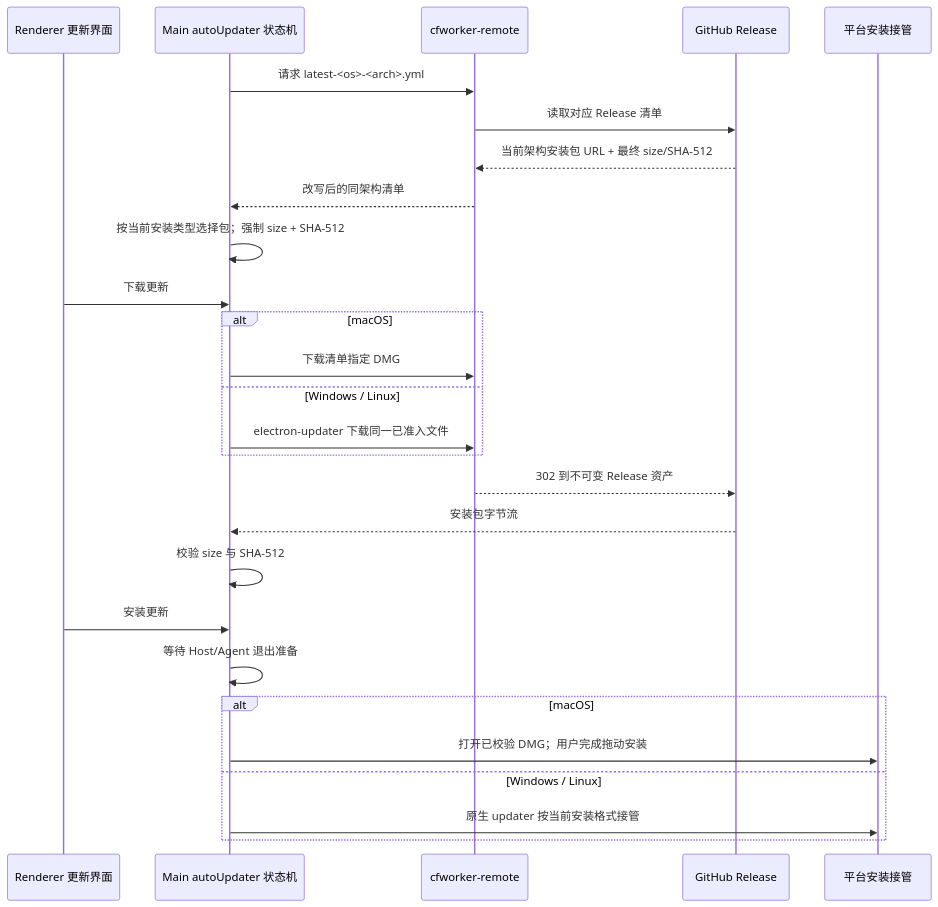
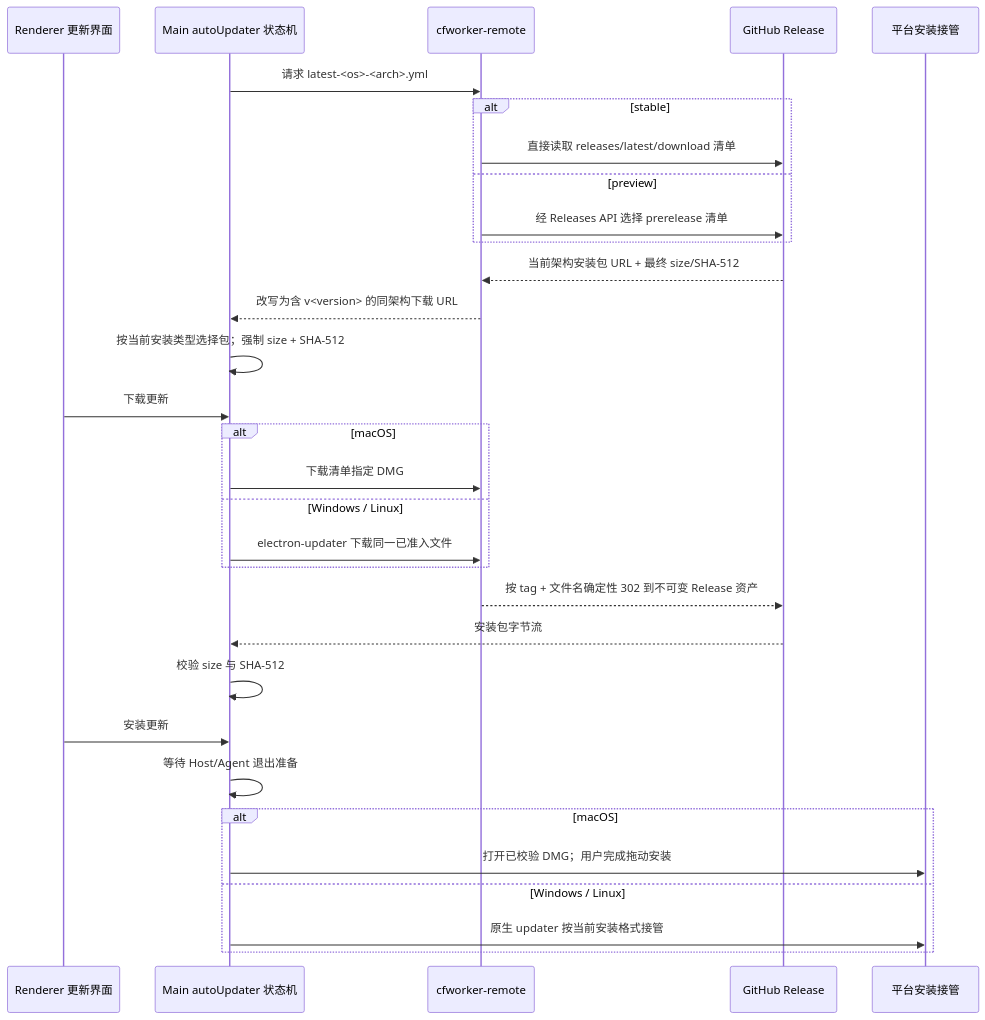
The second of 2 diagrams in specs/github-actions-desktop-release.md (lemon-casino/LemonCode), drawn with Mermaid before and after one commit. The commit also changed 325 other files, not shown here.

````diff
--- a/specs/github-actions-desktop-release.md
+++ b/specs/github-actions-desktop-release.md
@@ -114,29 +114,33 @@
 ```mermaid
 sequenceDiagram
   participant UI as Renderer 更新界面
   participant Main as Main autoUpdater 状态机
   participant Worker as cfworker-remote
   participant Release as GitHub Release
   participant OS as 平台安装接管
   Main->>Worker: 请求 latest-<os>-<arch>.yml
-  Worker->>Release: 读取对应 Release 清单
+  alt stable
+    Worker->>Release: 直接读取 releases/latest/download 清单
+  else preview
+    Worker->>Release: 经 Releases API 选择 prerelease 清单
+  end
   Release-->>Worker: 当前架构安装包 URL + 最终 size/SHA-512
-  Worker-->>Main: 改写后的同架构清单
+  Worker-->>Main: 改写为含 v<version> 的同架构下载 URL
   Main->>Main: 按当前安装类型选择包；强制 size + SHA-512
   UI->>Main: 下载更新
   alt macOS
     Main->>Worker: 下载清单指定 DMG
   else Windows / Linux
     Main->>Worker: electron-updater 下载同一已准入文件
   end
-  Worker-->>Release: 302 到不可变 Release 资产
+  Worker-->>Release: 按 tag + 文件名确定性 302 到不可变 Release 资产
   Release-->>Main: 安装包字节流
   Main->>Main: 校验 size 与 SHA-512
   UI->>Main: 安装更新
   Main->>Main: 等待 Host/Agent 退出准备
   alt macOS
     Main->>OS: 打开已校验 DMG；用户完成拖动安装
   else Windows / Linux
     Main->>OS: 原生 updater 按当前安装格式接管
   end
 ```
````
